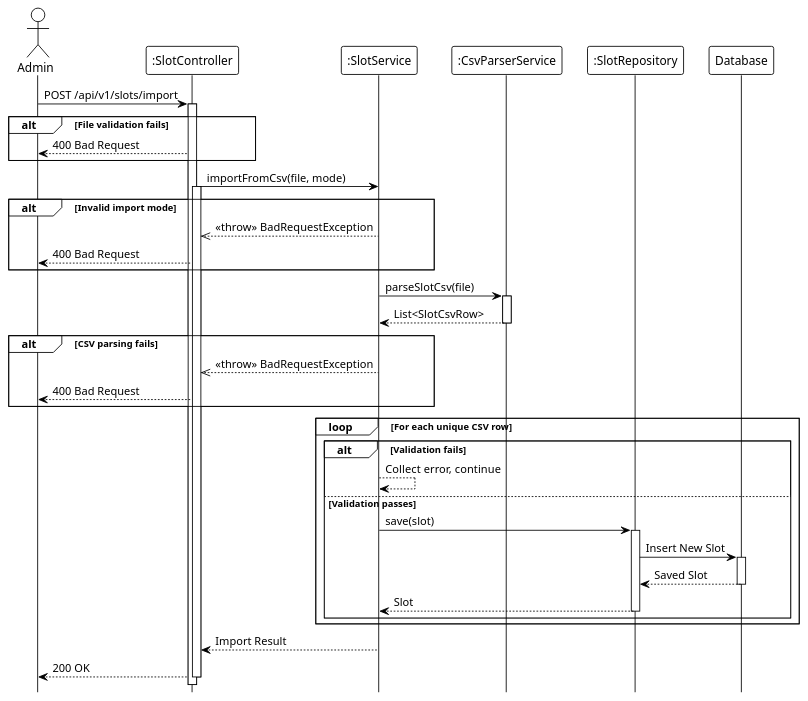
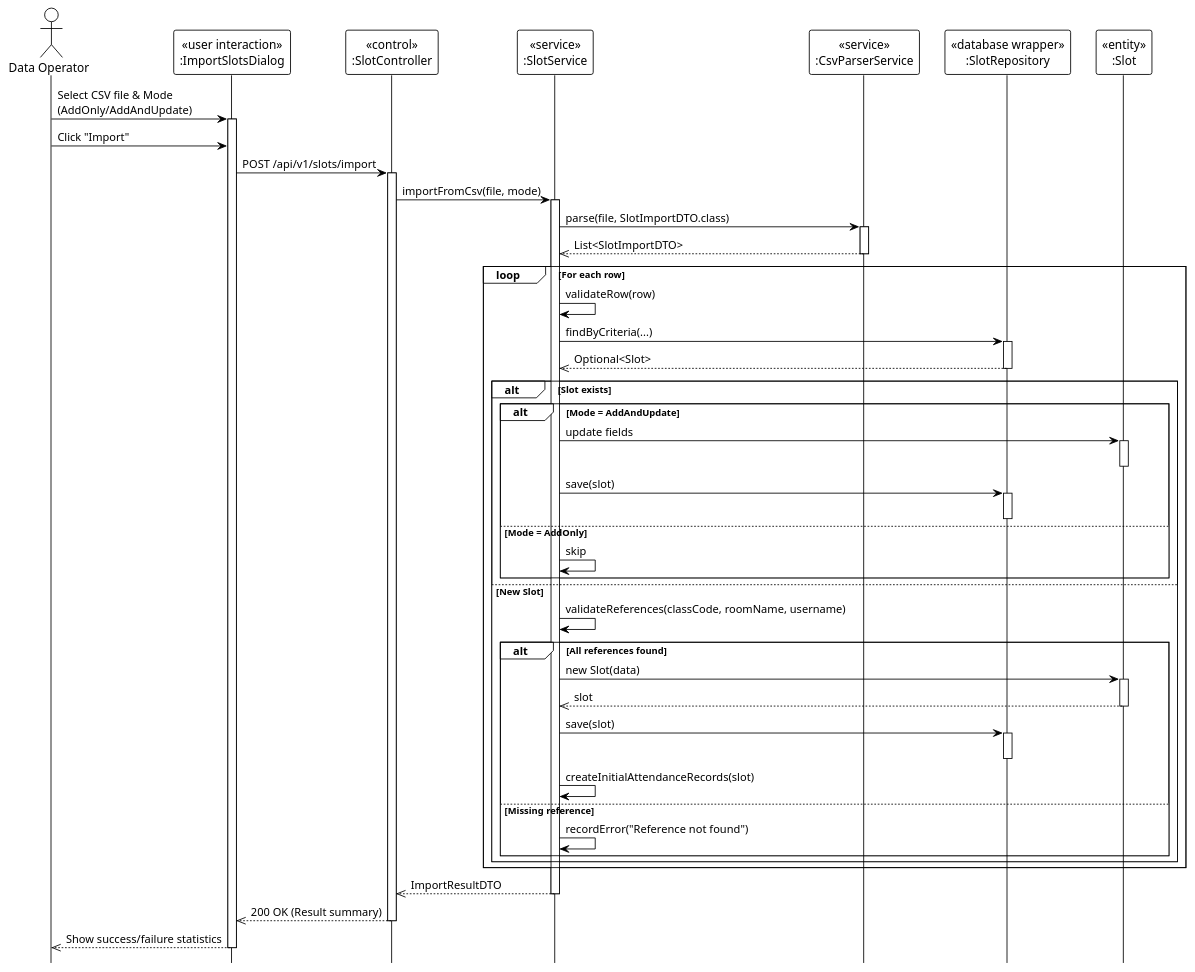
One commit to Ndh474/context changed the diagram in system_detailed_design/38_import_csv_slot/sequence_diagram_import_csv_slot.puml. Above: the diagram before and after it, drawn with PlantUML. The commit also changed 12 other files, not shown here.

Commit message:
docs: Add detailed design sequence diagrams for slot, class, and subject management operations.

```diff
--- a/system_detailed_design/38_import_csv_slot/sequence_diagram_import_csv_slot.puml
+++ b/system_detailed_design/38_import_csv_slot/sequence_diagram_import_csv_slot.puml
@@ -1,76 +1,82 @@
 @startuml import_csv_slot
 !theme plain
 hide footbox
 
-actor Admin
-participant ":SlotController" as Controller
-participant ":SlotService" as Service
-participant ":CsvParserService" as CsvParser
-participant ":SlotRepository" as Repository
-participant "Database" as DB
+actor "Data Operator" as DataOperator
 
-' --- MAIN FLOW ---
-Admin -> Controller: POST /api/v1/slots/import
+participant "«user interaction»\n:ImportSlotsDialog" as UI
+participant "«control»\n:SlotController" as Controller
+participant "«service»\n:SlotService" as Service
+participant "«service»\n:CsvParserService" as CsvParser
+participant "«database wrapper»\n:SlotRepository" as Repository
+participant "«entity»\n:Slot" as Entity
+
+' === MAIN FLOW ===
+DataOperator -> UI: Select CSV file & Mode\n(AddOnly/AddAndUpdate)
+activate UI
+
+DataOperator -> UI: Click "Import"
+
+UI -> Controller: POST /api/v1/slots/import
 activate Controller
 
-' File validation (internal)
+Controller -> Service: importFromCsv(file, mode)
+activate Service
 
-alt File validation fails
-    Controller --> Admin: 400 Bad Request
-end
-
-Controller -> Service: importFromCsv(file, mode)
-activate Controller
-
-' Mode validation (internal)
-
-alt Invalid import mode
-    Service -->> Controller: <<throw>> BadRequestException
-    Controller --> Admin: 400 Bad Request
-end
-
-' --- PARSE CSV ---
-Service -> CsvParser: parseSlotCsv(file)
+' === PARSE CSV ===
+Service -> CsvParser: parse(file, SlotImportDTO.class)
 activate CsvParser
-
-CsvParser --> Service: List<SlotCsvRow>
+CsvParser -->> Service: List<SlotImportDTO>
 deactivate CsvParser
 
-alt CSV parsing fails
-    Service -->> Controller: <<throw>> BadRequestException
-    Controller --> Admin: 400 Bad Request
-end
-
-' CSV deduplication (internal)
-
-' --- BATCH PROCESSING LOOP ---
-loop For each unique CSV row
-    ' Row validation (internal: semester/room/staff/class validation, time conflicts)
-
-    alt Validation fails
-        Service --> Service: Collect error, continue
-    else Validation passes
-        Service -> Repository: save(slot)
-        activate Repository
-
-        Repository -> DB: Insert New Slot
-        activate DB
-        DB --> Repository: Saved Slot
-        deactivate DB
-
-        Repository --> Service: Slot
-        deactivate Repository
-
-        ' Create initial attendance records (internal)
+' === PROCESS LOOP ===
+loop For each row
+    Service -> Service: validateRow(row)
+    
+    ' Check existence
+    Service -> Repository: findByCriteria(...)
+    activate Repository
+    Repository -->> Service: Optional<Slot>
+    deactivate Repository
+    
+    alt Slot exists
+        alt Mode = AddAndUpdate
+             Service -> Entity: update fields
+             activate Entity
+             deactivate Entity
+             Service -> Repository: save(slot)
+             activate Repository
+             deactivate Repository
+        else Mode = AddOnly
+             Service -> Service: skip
+        end
+    else New Slot
+        Service -> Service: validateReferences(classCode, roomName, username)
+        
+        alt All references found
+            Service -> Entity: new Slot(data)
+            activate Entity
+            Entity -->> Service: slot
+            deactivate Entity
+            
+            Service -> Repository: save(slot)
+            activate Repository
+            deactivate Repository
+            
+            Service -> Service: createInitialAttendanceRecords(slot)
+        else Missing reference
+            Service -> Service: recordError("Reference not found")
+        end
     end
 end
 
-' Build result with success/failure counts (internal)
-
-Service --> Controller: Import Result
+Service -->> Controller: ImportResultDTO
 deactivate Service
 
-Controller --> Admin: 200 OK
+Controller -->> UI: 200 OK (Result summary)
 deactivate Controller
 
+UI -->> DataOperator: Show success/failure statistics
+deactivate UI
+
 @enduml
```
